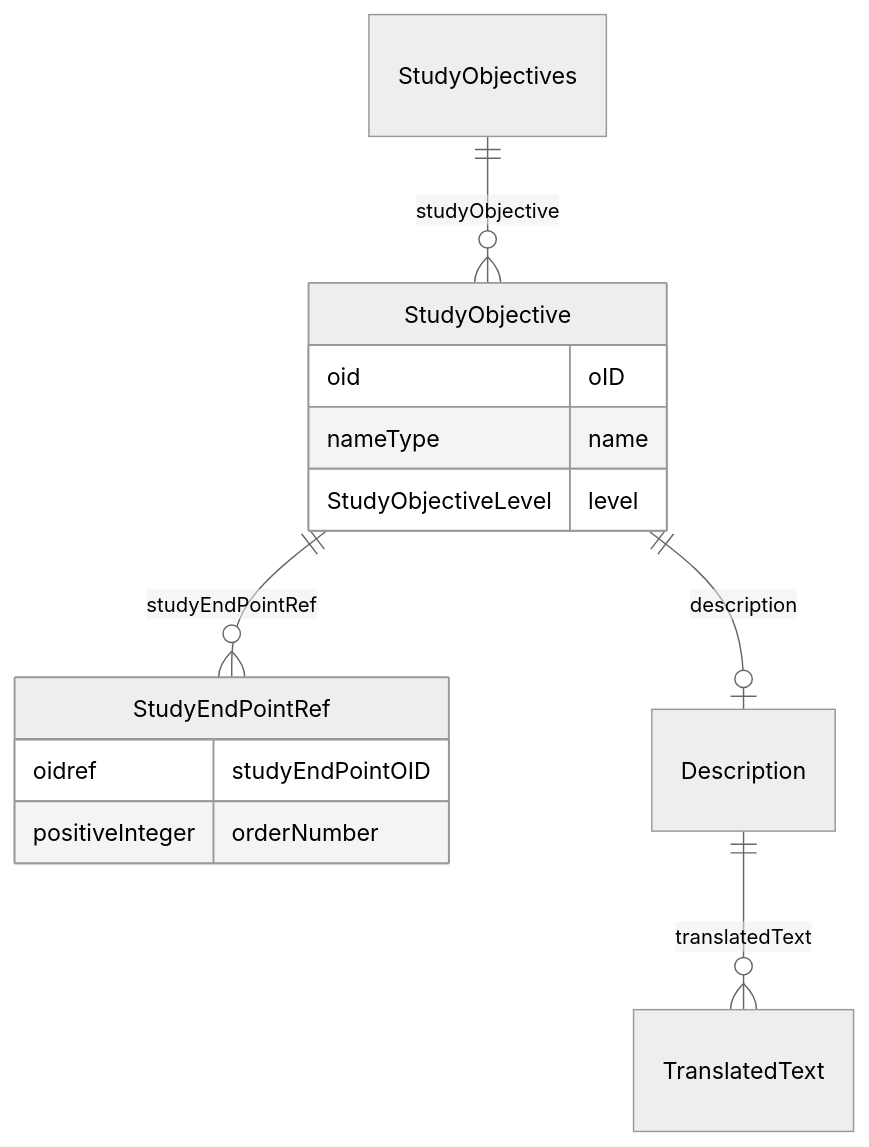
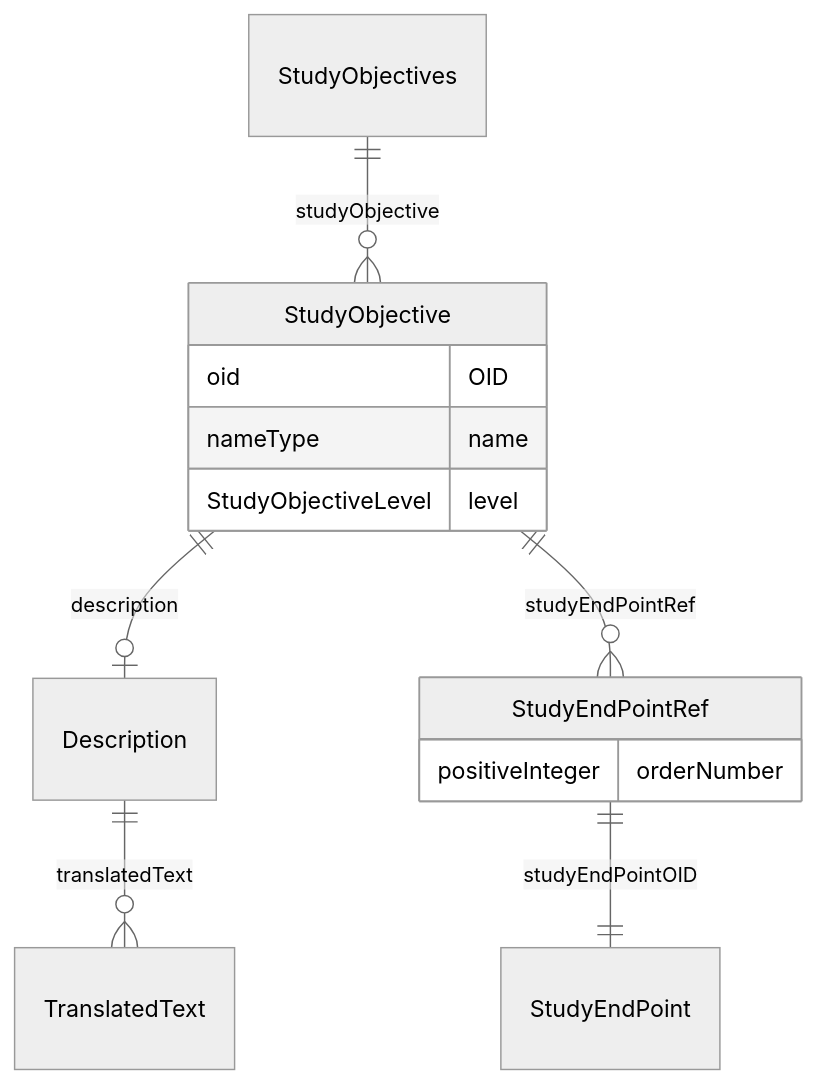
Before and after one commit to cdisc-org/DataExchange-ODM-LinkML: the diagram in docs/StudyObjectives.md, drawn with Mermaid (neutral theme). The commit also changed other lines of this file and 338 other files, not shown here.

````diff
--- a/docs/StudyObjectives.md
+++ b/docs/StudyObjectives.md
@@ -11,24 +11,24 @@
 ```mermaid
 erDiagram
 StudyObjectives {
 
 }
 StudyObjective {
-    oid oID  
+    oid OID  
     nameType name  
     StudyObjectiveLevel level  
 }
 StudyEndPointRef {
-    oidref studyEndPointOID  
     positiveInteger orderNumber  
 }
 Description {
 
 }
 
 StudyObjectives ||--}o StudyObjective : "studyObjective"
 StudyObjective ||--|o Description : "description"
 StudyObjective ||--}o StudyEndPointRef : "studyEndPointRef"
+StudyEndPointRef ||--|| StudyEndPoint : "studyEndPointOID"
 Description ||--}o TranslatedText : "translatedText"
 
 ```
````
